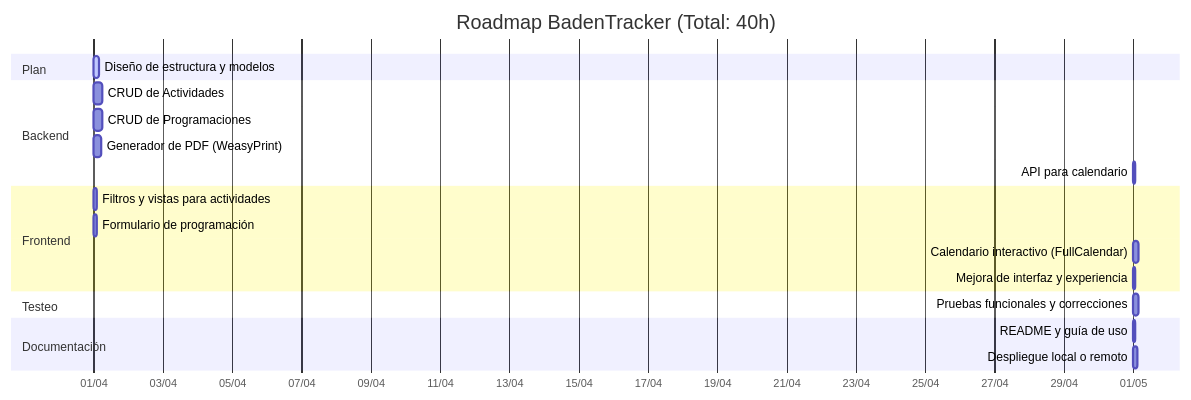
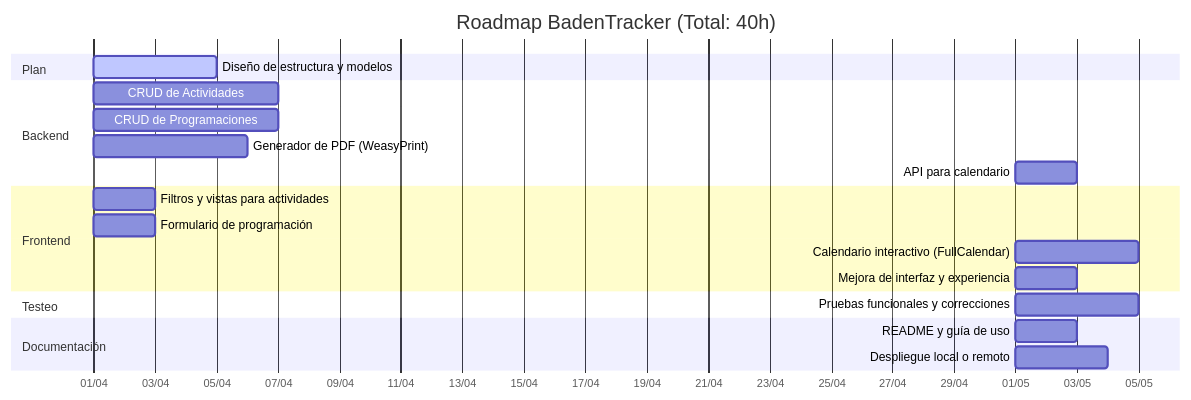
The diagram in .info/roadmap.md (Covija97/BadenTracker), drawn with Mermaid before and after one commit.

Commit message:
Update roadmap.md to change task durations from hours to days for better clarity

````diff
--- a/.info/roadmap.md
+++ b/.info/roadmap.md
@@ -3,28 +3,28 @@
 ```mermaid
 gantt
     title Roadmap BadenTracker (Total: 40h)
     dateFormat  dd-mm
     axisFormat  %d/%m
 
     section Plan
-    Diseño de estructura y modelos         :active, plan1, 2025-04, 4h
+    Diseño de estructura y modelos         :active, plan1, 2025-04, 4d
 
     section Backend
-    CRUD de Actividades                    :back1, 2025-04, 6h
-    CRUD de Programaciones                 :back2, 2025-04, 6h
-    Generador de PDF (WeasyPrint)         :back3, 2025-04, 5h
-    API para calendario                    :back4, 2025-05, 2h
+    CRUD de Actividades                    :back1, 2025-04, 6d
+    CRUD de Programaciones                 :back2, 2025-04, 6d
+    Generador de PDF (WeasyPrint)         :back3, 2025-04, 5d
+    API para calendario                    :back4, 2025-05, 2d
 
     section Frontend
-    Filtros y vistas para actividades      :front1, 2025-04, 2h
-    Formulario de programación             :front2, 2025-04, 2h
-    Calendario interactivo (FullCalendar) :front3, 2025-05, 4h
-    Mejora de interfaz y experiencia       :front4, 2025-05, 2h
+    Filtros y vistas para actividades      :front1, 2025-04, 2d
+    Formulario de programación             :front2, 2025-04, 2d
+    Calendario interactivo (FullCalendar) :front3, 2025-05, 4d
+    Mejora de interfaz y experiencia       :front4, 2025-05, 2d
 
     section Testeo
-    Pruebas funcionales y correcciones     :test1, 2025-05, 4h
+    Pruebas funcionales y correcciones     :test1, 2025-05, 4d
 
     section Documentación
-    README y guía de uso                   :doc1, 2025-05, 2h
-    Despliegue local o remoto              :doc2, 2025-05, 3h
+    README y guía de uso                   :doc1, 2025-05, 2d
+    Despliegue local o remoto              :doc2, 2025-05, 3d
 ```
````
